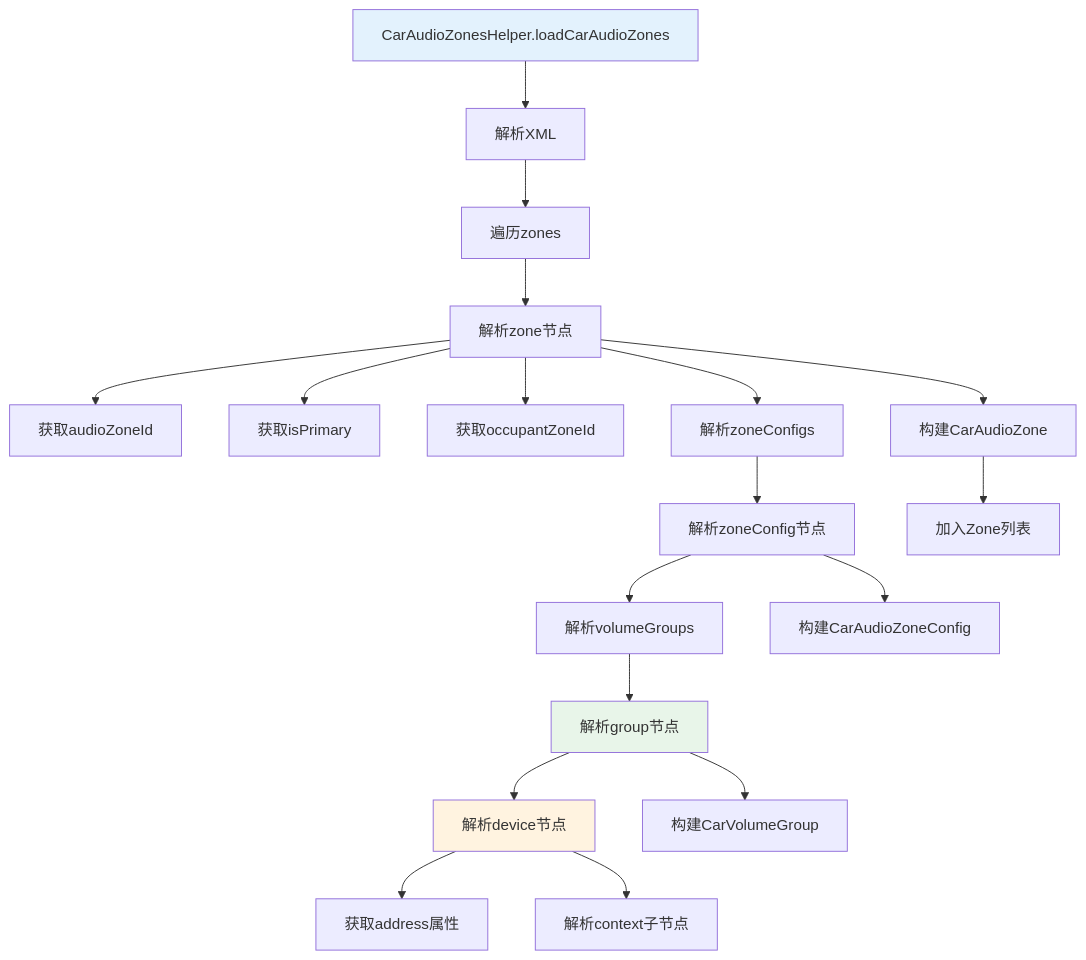
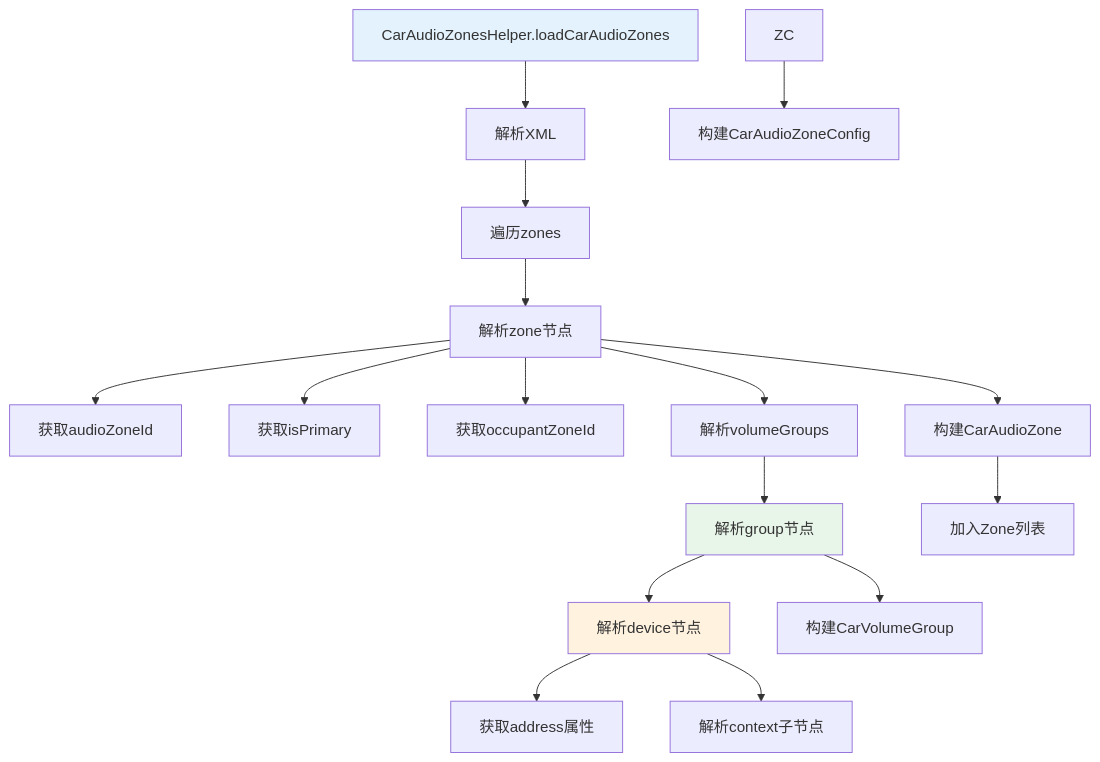
Before and after one commit to yanglinzhen1022/SA8295_AAOS_QNX_Audio_KnowledgeBase: the third of 4 diagrams in 11_Vendor_Layer/11_11.6_配置解析流程.md, drawn with Mermaid. The commit also changed other lines of this file and 5 other files, not shown here.

````diff
--- a/11_Vendor_Layer/11_11.6_配置解析流程.md
+++ b/11_Vendor_Layer/11_11.6_配置解析流程.md
@@ -175,24 +175,22 @@
 ```mermaid
 graph TD
     CZH[CarAudioZonesHelper.loadCarAudioZones] --> PARSE_XML[解析XML]
     PARSE_XML --> ZONES[遍历zones]
     ZONES --> ZONE[解析zone节点]
     ZONE --> ZI[获取audioZoneId]
     ZONE --> IP[获取isPrimary]
     ZONE --> OZ[获取occupantZoneId]
-    ZONE --> ZCS[解析zoneConfigs]
-    ZCS --> ZC[解析zoneConfig节点]
-    ZC --> VGS[解析volumeGroups]
+    ZONE --> VGS[解析volumeGroups]
     VGS --> VG[解析group节点]
     VG --> DEV[解析device节点]
     DEV --> ADDR[获取address属性]
     DEV --> CTX[解析context子节点]
     VG --> BUILD[构建CarVolumeGroup]
     ZC --> BUILD_ZONE[构建CarAudioZoneConfig]
     ZONE --> BUILD_Z[构建CarAudioZone]
     BUILD_Z --> LIST[加入Zone列表]
 
     style CZH fill:#e3f2fd
     style VG fill:#e8f5e9
     style DEV fill:#fff3e0
 ```
````
